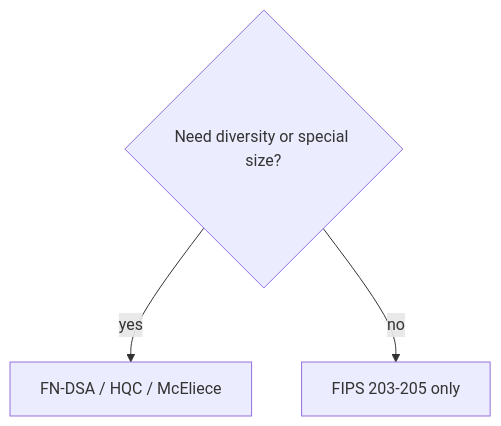
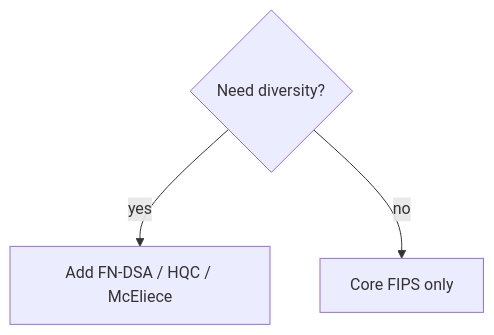
The second of 2 diagrams in manuscript/chapters/14-additional-candidates.md (kalyogyogi-ui/Ai-check-), drawn with Mermaid before and after one commit. The commit also changed other lines of this file and 31 other files, not shown here.

First line of the commit message:
Fix figure placement: in-section after intro text, repair corrupted headings

````diff
--- a/manuscript/chapters/14-additional-candidates.md
+++ b/manuscript/chapters/14-additional-candidates.md
@@ -28,6 +268,6 @@
 ```mermaid
 flowchart TD
-  Q{Need diversity or special size?}
-  Q -->|yes| ALT[FN-DSA / HQC / McEliece]
-  Q -->|no| CORE[FIPS 203-205 only]
+  Q{Need diversity?}
+  Q -->|yes| ALT[Add FN-DSA / HQC / McEliece]
+  Q -->|no| CORE[Core FIPS only]
 ```
````
